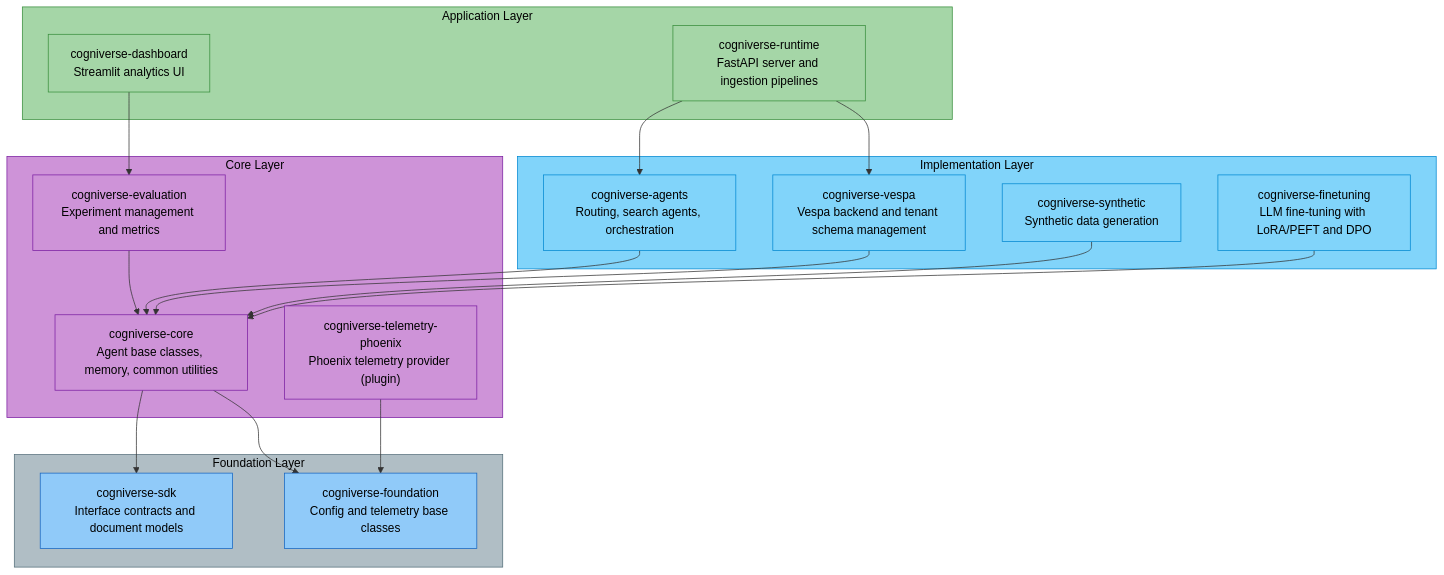
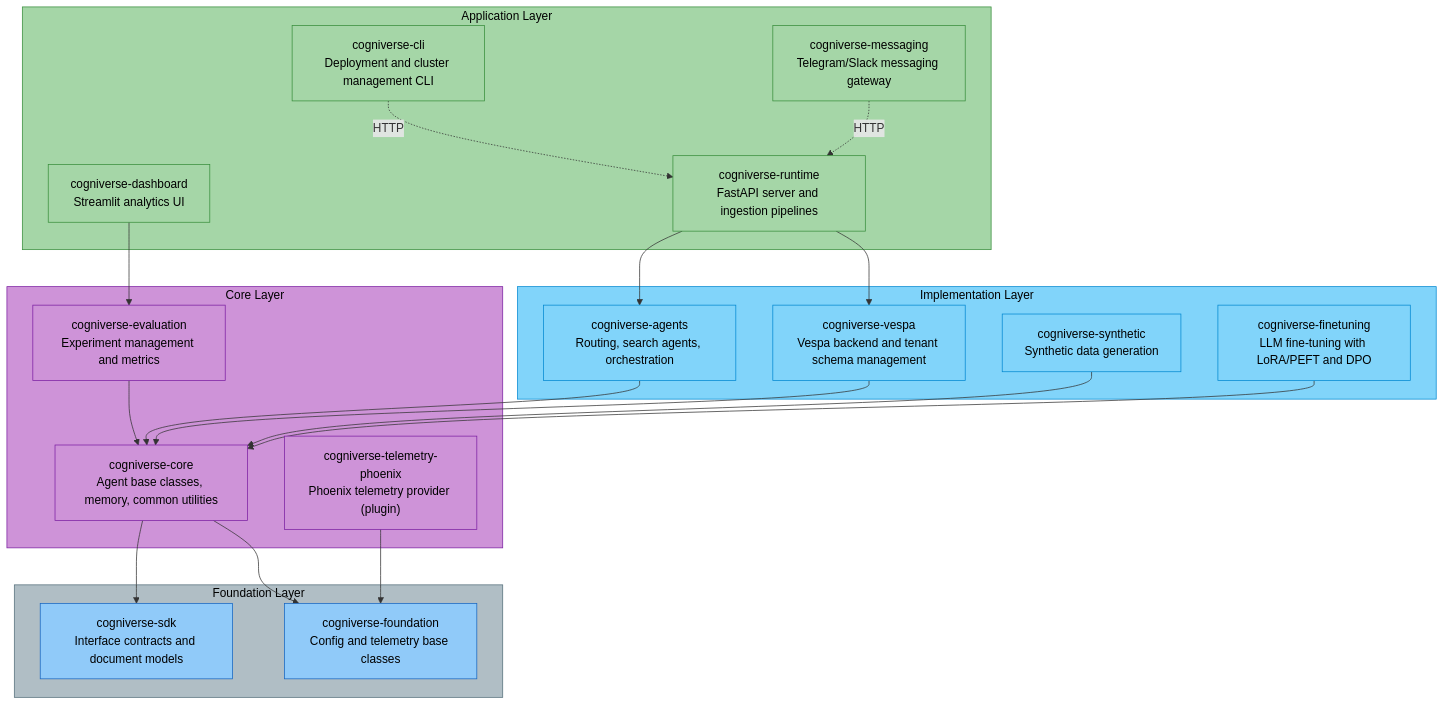
One commit to amit-jain/cogniverse changed the first of 4 diagrams in docs/architecture/integration.md. Above: the diagram before and after it, drawn with Mermaid. The commit also changed other lines of this file and 50 other files, not shown here.

First line of the commit message:
Complete and verify docs against code with mermaid palette

````diff
--- a/docs/architecture/integration.md
+++ b/docs/architecture/integration.md
@@ -24,53 +24,59 @@
 ```mermaid
 graph TD
     subgraph Foundation["<span style='color:#000'>Foundation Layer</span>"]
         SDK["<span style='color:#000'>cogniverse-sdk<br/>Interface contracts and document models</span>"]
         FOUND["<span style='color:#000'>cogniverse-foundation<br/>Config and telemetry base classes</span>"]
     end
 
     subgraph Core["<span style='color:#000'>Core Layer</span>"]
         CORE["<span style='color:#000'>cogniverse-core<br/>Agent base classes, memory, common utilities</span>"]
         EVAL["<span style='color:#000'>cogniverse-evaluation<br/>Experiment management and metrics</span>"]
         TELEM["<span style='color:#000'>cogniverse-telemetry-phoenix<br/>Phoenix telemetry provider (plugin)</span>"]
     end
 
     subgraph Implementation["<span style='color:#000'>Implementation Layer</span>"]
         AGENTS["<span style='color:#000'>cogniverse-agents<br/>Routing, search agents, orchestration</span>"]
         VESPA["<span style='color:#000'>cogniverse-vespa<br/>Vespa backend and tenant schema management</span>"]
         SYNTH["<span style='color:#000'>cogniverse-synthetic<br/>Synthetic data generation</span>"]
         FINE["<span style='color:#000'>cogniverse-finetuning<br/>LLM fine-tuning with LoRA/PEFT and DPO</span>"]
     end
 
     subgraph Application["<span style='color:#000'>Application Layer</span>"]
         RUNTIME["<span style='color:#000'>cogniverse-runtime<br/>FastAPI server and ingestion pipelines</span>"]
         DASH["<span style='color:#000'>cogniverse-dashboard<br/>Streamlit analytics UI</span>"]
+        CLI["<span style='color:#000'>cogniverse-cli<br/>Deployment and cluster management CLI</span>"]
+        MSG["<span style='color:#000'>cogniverse-messaging<br/>Telegram/Slack messaging gateway</span>"]
     end
 
     CORE --> SDK
     CORE --> FOUND
     EVAL --> CORE
     TELEM --> FOUND
     AGENTS --> CORE
     VESPA --> CORE
     SYNTH --> CORE
     FINE --> CORE
     RUNTIME --> AGENTS
     RUNTIME --> VESPA
     DASH --> EVAL
+    CLI -.->|HTTP| RUNTIME
+    MSG -.->|HTTP| RUNTIME
 
     style Foundation fill:#b0bec5,stroke:#546e7a,color:#000
     style Core fill:#ce93d8,stroke:#7b1fa2,color:#000
     style Implementation fill:#81d4fa,stroke:#0288d1,color:#000
     style Application fill:#a5d6a7,stroke:#388e3c,color:#000
     style SDK fill:#90caf9,stroke:#1565c0,color:#000
     style FOUND fill:#90caf9,stroke:#1565c0,color:#000
     style CORE fill:#ce93d8,stroke:#7b1fa2,color:#000
     style EVAL fill:#ce93d8,stroke:#7b1fa2,color:#000
     style TELEM fill:#ce93d8,stroke:#7b1fa2,color:#000
     style AGENTS fill:#81d4fa,stroke:#0288d1,color:#000
     style VESPA fill:#81d4fa,stroke:#0288d1,color:#000
     style SYNTH fill:#81d4fa,stroke:#0288d1,color:#000
     style FINE fill:#81d4fa,stroke:#0288d1,color:#000
     style RUNTIME fill:#a5d6a7,stroke:#388e3c,color:#000
     style DASH fill:#a5d6a7,stroke:#388e3c,color:#000
+    style CLI fill:#a5d6a7,stroke:#388e3c,color:#000
+    style MSG fill:#a5d6a7,stroke:#388e3c,color:#000
 ```
````
